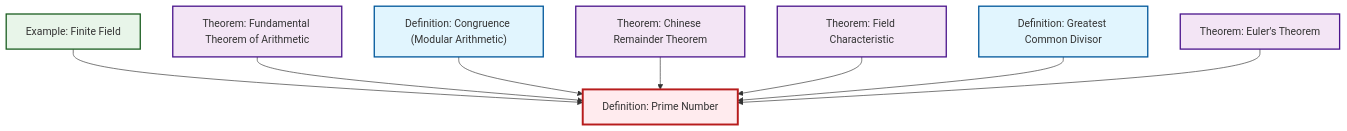
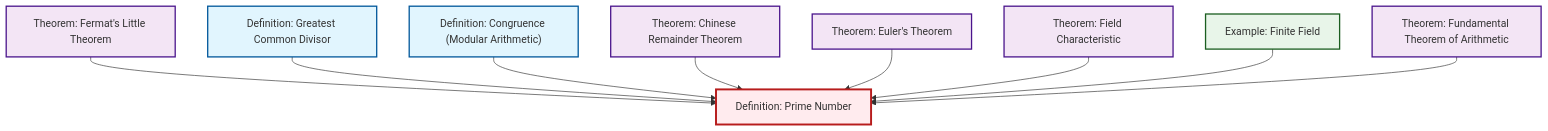
Before and after one commit to RK0429/ModernMath: the diagram in output/mermaid/def-prime.mermaid, drawn with Mermaid. The commit also changed 1437 other files, not shown here.

```diff
--- a/output/mermaid/def-prime.mermaid
+++ b/output/mermaid/def-prime.mermaid
@@ -1,23 +1,25 @@
 %%| fig-cap: "Local dependency graph"
 graph TD
     classDef definition fill:#e1f5fe,stroke:#01579b,stroke-width:2px
     classDef theorem fill:#f3e5f5,stroke:#4a148c,stroke-width:2px
     classDef axiom fill:#fff3e0,stroke:#e65100,stroke-width:2px
     classDef example fill:#e8f5e9,stroke:#1b5e20,stroke-width:2px
     classDef current fill:#ffebee,stroke:#b71c1c,stroke-width:3px
-    thm-field-characteristic["Theorem: Field Characteristic"]:::theorem
-    def-gcd["Definition: Greatest Common Divisor"]:::definition
     thm-chinese-remainder["Theorem: Chinese Remainder Theorem"]:::theorem
+    thm-fermat-little["Theorem: Fermat's Little Theorem"]:::theorem
     ex-finite-field["Example: Finite Field"]:::example
-    thm-euler["Theorem: Euler's Theorem"]:::theorem
     thm-fundamental-arithmetic["Theorem: Fundamental Theorem of Arithmetic"]:::theorem
     def-prime["Definition: Prime Number"]:::definition
+    thm-field-characteristic["Theorem: Field Characteristic"]:::theorem
+    thm-euler["Theorem: Euler's Theorem"]:::theorem
+    def-gcd["Definition: Greatest Common Divisor"]:::definition
     def-congruence["Definition: Congruence (Modular Arithmetic)"]:::definition
+    thm-fermat-little --> def-prime
+    def-gcd --> def-prime
+    def-congruence --> def-prime
+    thm-chinese-remainder --> def-prime
+    thm-euler --> def-prime
+    thm-field-characteristic --> def-prime
     ex-finite-field --> def-prime
     thm-fundamental-arithmetic --> def-prime
-    def-congruence --> def-prime
-    thm-chinese-remainder --> def-prime
-    thm-field-characteristic --> def-prime
-    def-gcd --> def-prime
-    thm-euler --> def-prime
     class def-prime current
```
